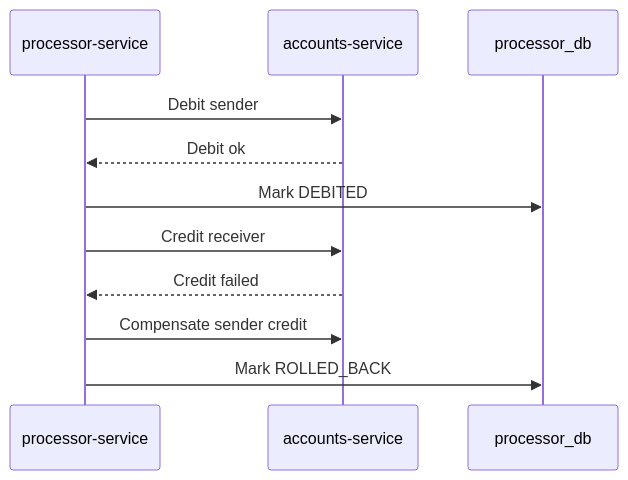
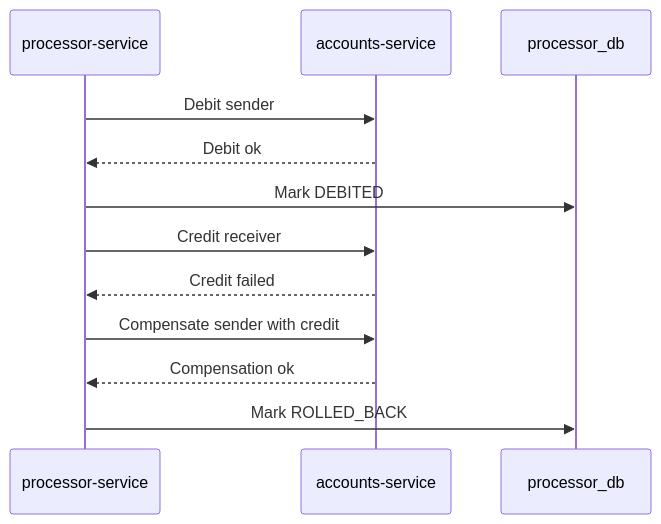
Before and after one commit to eigarciaortega/IBMHackathon2026: the fourth of 5 diagrams in docs/ARCHITECTURE.md, drawn with Mermaid. The commit also changed other lines of this file and 5 other files, not shown here.

````diff
--- a/docs/ARCHITECTURE.md
+++ b/docs/ARCHITECTURE.md
@@ -101,14 +96,15 @@
 ```mermaid
 sequenceDiagram
     participant P as processor-service
     participant A as accounts-service
     participant DBP as processor_db
 
     P->>A: Debit sender
     A-->>P: Debit ok
     P->>DBP: Mark DEBITED
     P->>A: Credit receiver
     A-->>P: Credit failed
-    P->>A: Compensate sender credit
+    P->>A: Compensate sender with credit
+    A-->>P: Compensation ok
     P->>DBP: Mark ROLLED_BACK
 ```
````
